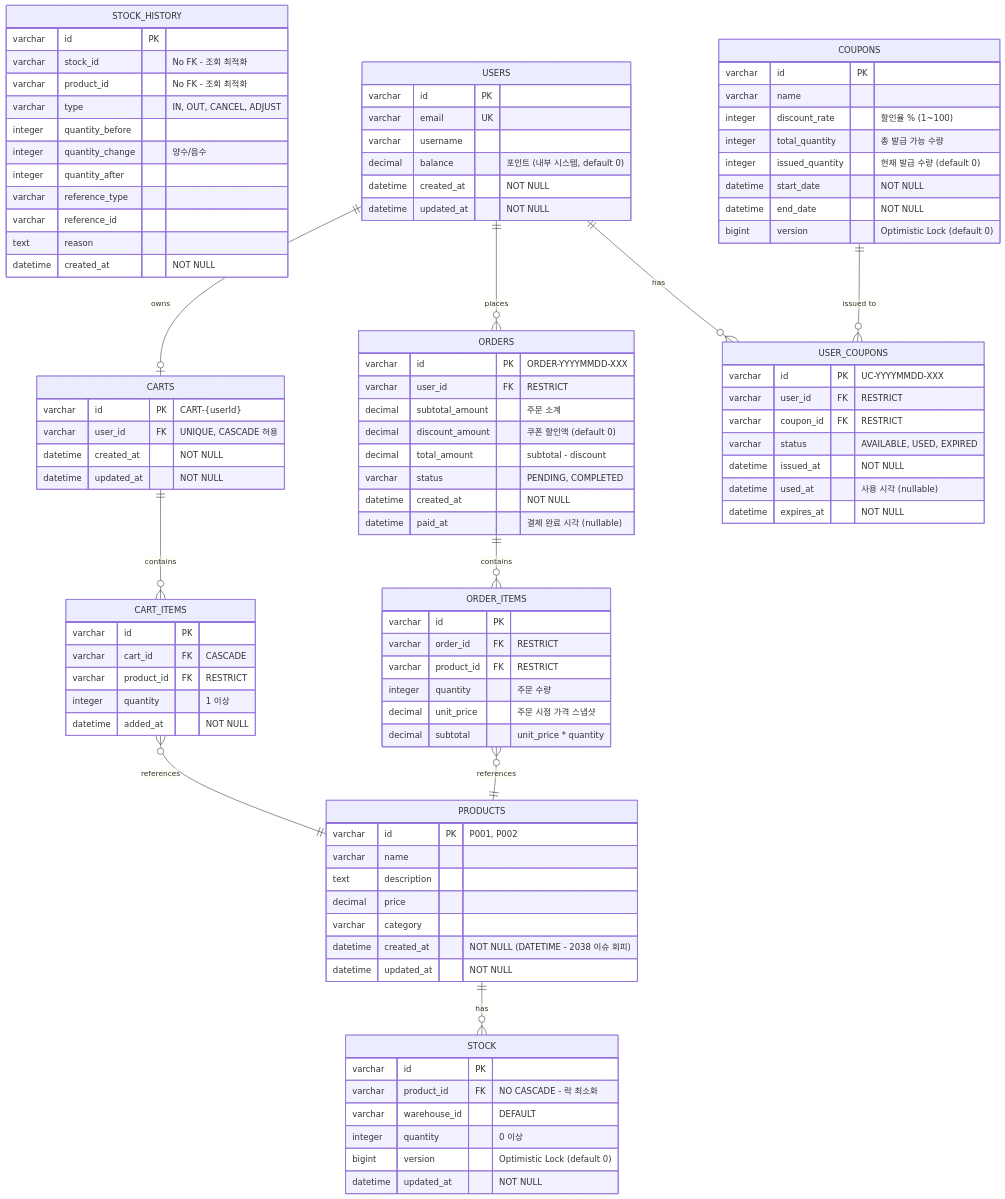
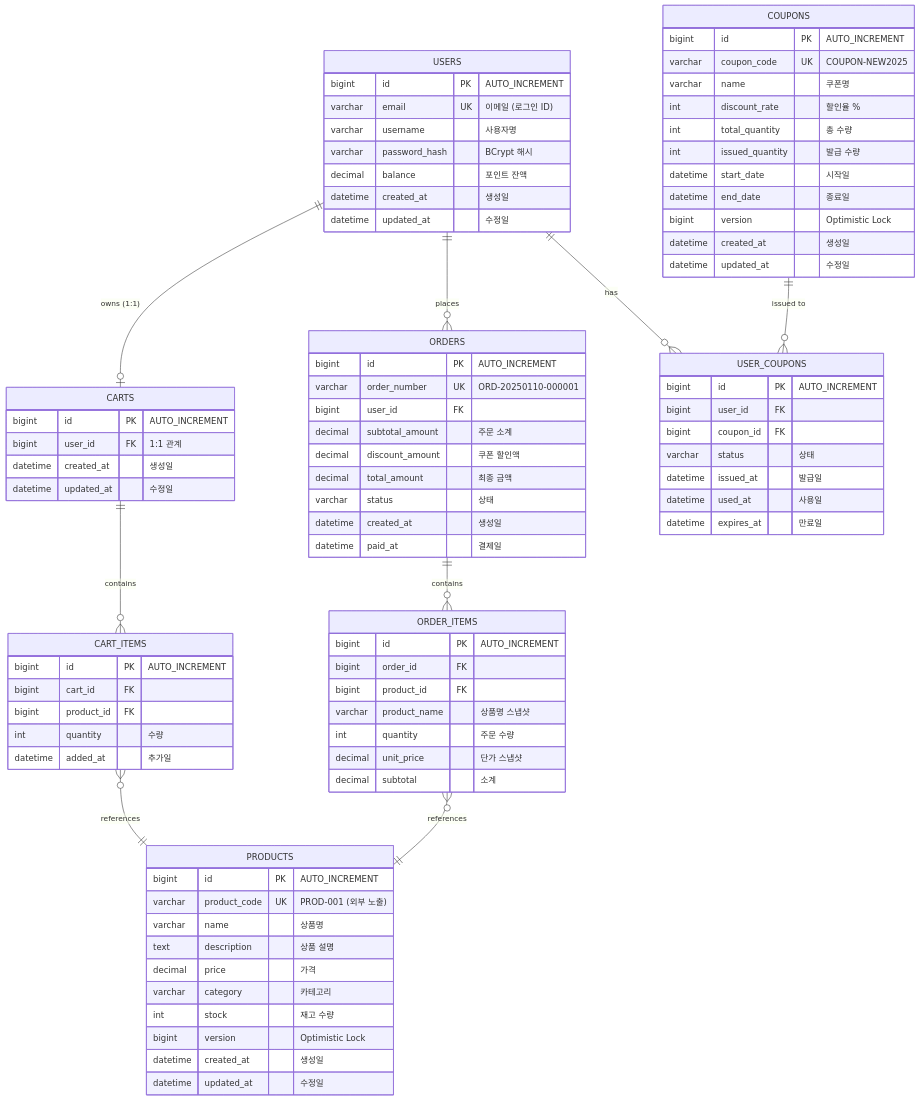
One commit to hkjs96/hhplus-ecommerce changed the diagram in docs/diagrams/erd.md. Above: the diagram before and after it, drawn with Mermaid. The commit also changed other lines of this file, not shown here.

First line of the commit message:
docs: Complete ERD redesign with performance optimization

````diff
--- a/docs/diagrams/erd.md
+++ b/docs/diagrams/erd.md
@@ -376,40 +205,20 @@
 ```mermaid
 erDiagram
     %% ====================================
-    %% 상품 및 재고 관리
+    %% 상품 관리
     %% ====================================
 
     PRODUCTS {
-        varchar id PK "P001, P002"
-        varchar name
-        text description
-        decimal price
-        varchar category
-        datetime created_at "NOT NULL (DATETIME - 2038 이슈 회피)"
-        datetime updated_at "NOT NULL"
-    }
-
-    STOCK {
-        varchar id PK
-        varchar product_id FK "NO CASCADE - 락 최소화"
-        varchar warehouse_id "DEFAULT"
-        integer quantity "0 이상"
-        bigint version "Optimistic Lock (default 0)"
-        datetime updated_at "NOT NULL"
-    }
-
-    STOCK_HISTORY {
-        varchar id PK
-        varchar stock_id "No FK - 조회 최적화"
-        varchar product_id "No FK - 조회 최적화"
-        varchar type "IN, OUT, CANCEL, ADJUST"
-        integer quantity_before
-        integer quantity_change "양수/음수"
-        integer quantity_after
-        varchar reference_type
-        varchar reference_id
-        text reason
-        datetime created_at "NOT NULL"
+        bigint id PK "AUTO_INCREMENT"
+        varchar product_code UK "PROD-001 (외부 노출)"
+        varchar name "상품명"
+        text description "상품 설명"
+        decimal price "가격"
+        varchar category "카테고리"
+        int stock "재고 수량"
+        bigint version "Optimistic Lock"
+        datetime created_at "생성일"
+        datetime updated_at "수정일"
     }
 
     %% ====================================
@@ -417,12 +226,13 @@
     %% ====================================
 
     USERS {
-        varchar id PK
-        varchar email UK
-        varchar username
-        decimal balance "포인트 (내부 시스템, default 0)"
-        datetime created_at "NOT NULL"
-        datetime updated_at "NOT NULL"
+        bigint id PK "AUTO_INCREMENT"
+        varchar email UK "이메일 (로그인 ID)"
+        varchar username "사용자명"
+        varchar password_hash "BCrypt 해시"
+        decimal balance "포인트 잔액"
+        datetime created_at "생성일"
+        datetime updated_at "수정일"
     }
 
     %% ====================================
@@ -430,18 +240,18 @@
     %% ====================================
 
     CARTS {
-        varchar id PK "CART-{userId}"
-        varchar user_id FK "UNIQUE, CASCADE 허용"
-        datetime created_at "NOT NULL"
-        datetime updated_at "NOT NULL"
+        bigint id PK "AUTO_INCREMENT"
+        bigint user_id FK "1:1 관계"
+        datetime created_at "생성일"
+        datetime updated_at "수정일"
     }
 
     CART_ITEMS {
-        varchar id PK
-        varchar cart_id FK "CASCADE"
-        varchar product_id FK "RESTRICT"
-        integer quantity "1 이상"
-        datetime added_at "NOT NULL"
+        bigint id PK "AUTO_INCREMENT"
+        bigint cart_id FK
+        bigint product_id FK
+        int quantity "수량"
+        datetime added_at "추가일"
     }
 
     %% ====================================
@@ -449,23 +259,25 @@
     %% ====================================
 
     ORDERS {
-        varchar id PK "ORDER-YYYYMMDD-XXX"
-        varchar user_id FK "RESTRICT"
+        bigint id PK "AUTO_INCREMENT"
+        varchar order_number UK "ORD-20250110-000001"
+        bigint user_id FK
         decimal subtotal_amount "주문 소계"
-        decimal discount_amount "쿠폰 할인액 (default 0)"
-        decimal total_amount "subtotal - discount"
-        varchar status "PENDING, COMPLETED"
-        datetime created_at "NOT NULL"
-        datetime paid_at "결제 완료 시각 (nullable)"
+        decimal discount_amount "쿠폰 할인액"
+        decimal total_amount "최종 금액"
+        varchar status "상태"
+        datetime created_at "생성일"
+        datetime paid_at "결제일"
     }
 
     ORDER_ITEMS {
-        varchar id PK
-        varchar order_id FK "RESTRICT"
-        varchar product_id FK "RESTRICT"
-        integer quantity "주문 수량"
-        decimal unit_price "주문 시점 가격 스냅샷"
-        decimal subtotal "unit_price * quantity"
+        bigint id PK "AUTO_INCREMENT"
+        bigint order_id FK
+        bigint product_id FK
+        varchar product_name "상품명 스냅샷"
+        int quantity "주문 수량"
+        decimal unit_price "단가 스냅샷"
+        decimal subtotal "소계"
     }
 
     %% ====================================
@@ -473,46 +285,42 @@
     %% ====================================
 
     COUPONS {
-        varchar id PK
-        varchar name
-        integer discount_rate "할인율 % (1~100)"
-        integer total_quantity "총 발급 가능 수량"
-        integer issued_quantity "현재 발급 수량 (default 0)"
-        datetime start_date "NOT NULL"
-        datetime end_date "NOT NULL"
-        bigint version "Optimistic Lock (default 0)"
+        bigint id PK "AUTO_INCREMENT"
+        varchar coupon_code UK "COUPON-NEW2025"
+        varchar name "쿠폰명"
+        int discount_rate "할인율 %"
+        int total_quantity "총 수량"
+        int issued_quantity "발급 수량"
+        datetime start_date "시작일"
+        datetime end_date "종료일"
+        bigint version "Optimistic Lock"
+        datetime created_at "생성일"
+        datetime updated_at "수정일"
     }
 
     USER_COUPONS {
-        varchar id PK "UC-YYYYMMDD-XXX"
-        varchar user_id FK "RESTRICT"
-        varchar coupon_id FK "RESTRICT"
-        varchar status "AVAILABLE, USED, EXPIRED"
-        datetime issued_at "NOT NULL"
-        datetime used_at "사용 시각 (nullable)"
-        datetime expires_at "NOT NULL"
+        bigint id PK "AUTO_INCREMENT"
+        bigint user_id FK
+        bigint coupon_id FK
+        varchar status "상태"
+        datetime issued_at "발급일"
+        datetime used_at "사용일"
+        datetime expires_at "만료일"
     }
 
     %% ====================================
     %% 관계 정의
     %% ====================================
 
-    %% 상품 -> 재고
-    PRODUCTS ||--o{ STOCK : "has"
-
-    %% 사용자 관계
-    USERS ||--o| CARTS : "owns"
+    USERS ||--o| CARTS : "owns (1:1)"
     USERS ||--o{ ORDERS : "places"
     USERS ||--o{ USER_COUPONS : "has"
 
-    %% 장바구니
     CARTS ||--o{ CART_ITEMS : "contains"
     CART_ITEMS }o--|| PRODUCTS : "references"
 
-    %% 주문
     ORDERS ||--o{ ORDER_ITEMS : "contains"
     ORDER_ITEMS }o--|| PRODUCTS : "references"
 
-    %% 쿠폰
     COUPONS ||--o{ USER_COUPONS : "issued to"
 ```
````
